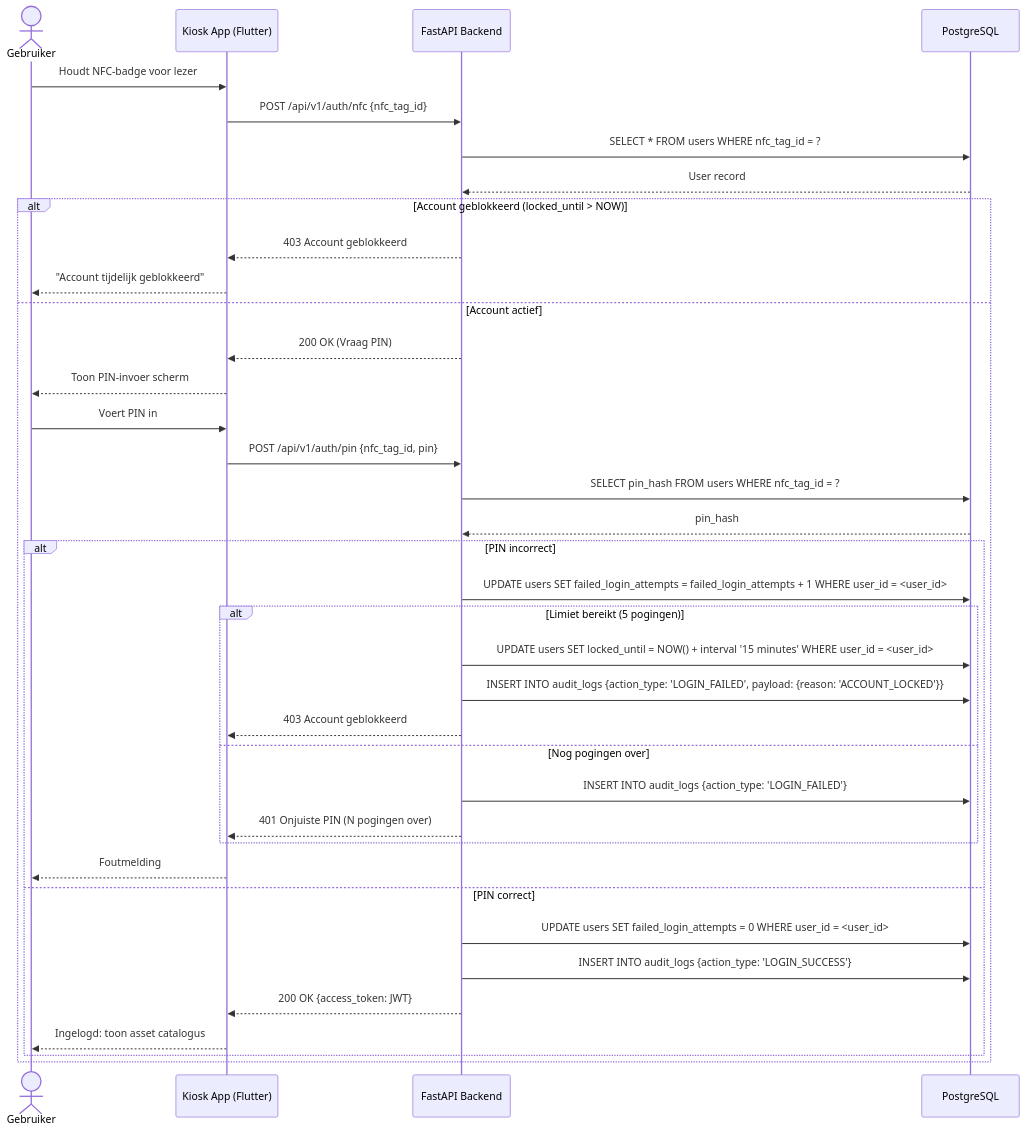
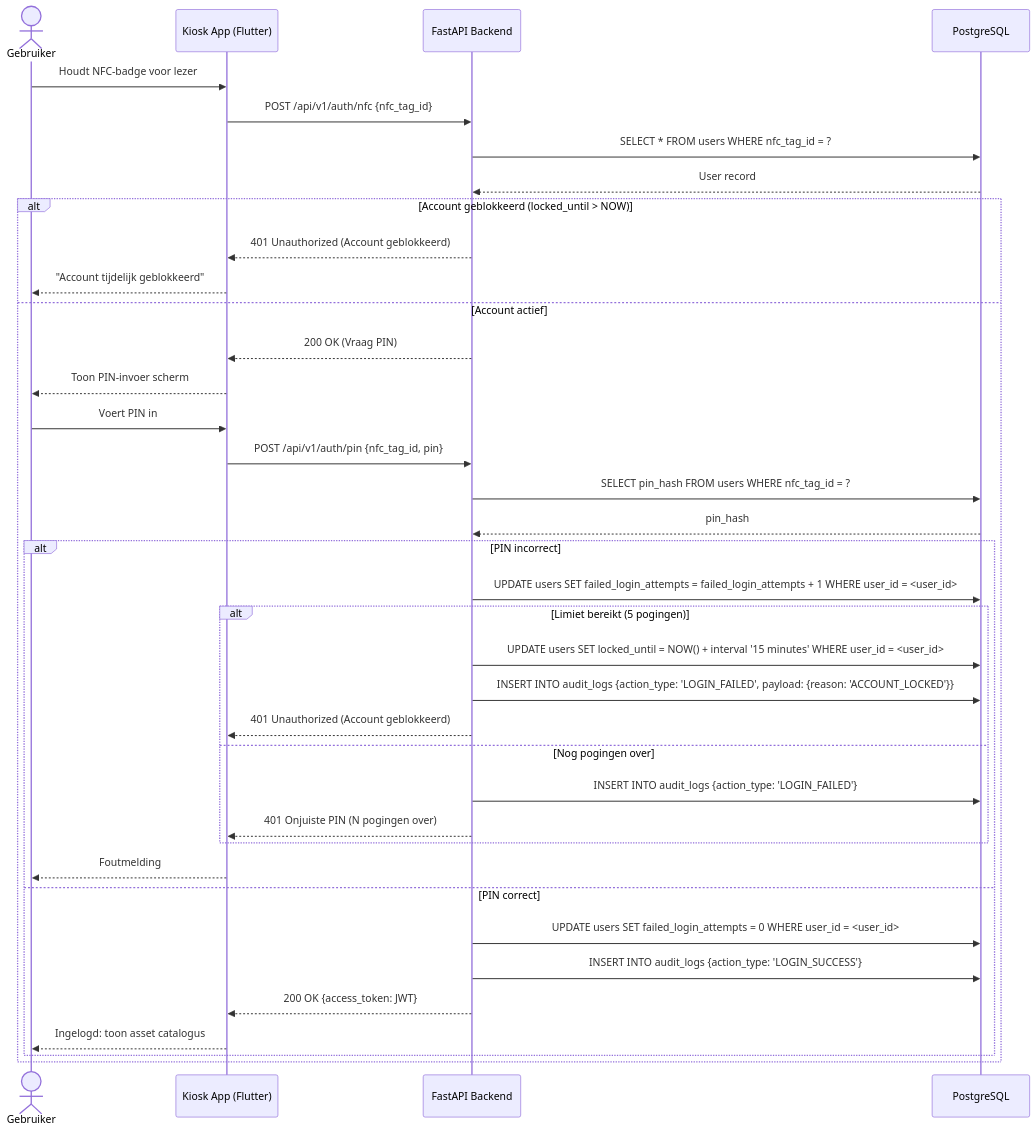
Before and after one commit to easylend-practice-enterprise/easylend: the diagram in docs/diagrams/sequence_auth.mmd, drawn with Mermaid. The commit also changed 1 other file, not shown here.

```diff
--- a/docs/diagrams/sequence_auth.mmd
+++ b/docs/diagrams/sequence_auth.mmd
@@ -1,40 +1,40 @@
 sequenceDiagram
     actor User as Gebruiker
     participant App as Kiosk App (Flutter)
     participant API as FastAPI Backend
     participant DB as PostgreSQL
 
     User->>App: Houdt NFC-badge voor lezer
     App->>API: POST /api/v1/auth/nfc {nfc_tag_id}
     API->>DB: SELECT * FROM users WHERE nfc_tag_id = ?
     DB-->>API: User record
 
     alt Account geblokkeerd (locked_until > NOW)
-        API-->>App: 403 Account geblokkeerd
+        API-->>App: 401 Unauthorized (Account geblokkeerd)
         App-->>User: "Account tijdelijk geblokkeerd"
     else Account actief
         API-->>App: 200 OK (Vraag PIN)
         App-->>User: Toon PIN-invoer scherm
         User->>App: Voert PIN in
         App->>API: POST /api/v1/auth/pin {nfc_tag_id, pin}
         API->>DB: SELECT pin_hash FROM users WHERE nfc_tag_id = ?
         DB-->>API: pin_hash
 
         alt PIN incorrect
             API->>DB: UPDATE users SET failed_login_attempts = failed_login_attempts + 1 WHERE user_id = <user_id>
             alt Limiet bereikt (5 pogingen)
                 API->>DB: UPDATE users SET locked_until = NOW() + interval '15 minutes' WHERE user_id = <user_id>
                 API->>DB: INSERT INTO audit_logs {action_type: 'LOGIN_FAILED', payload: {reason: 'ACCOUNT_LOCKED'}}
-                API-->>App: 403 Account geblokkeerd
+                API-->>App: 401 Unauthorized (Account geblokkeerd)
             else Nog pogingen over
                 API->>DB: INSERT INTO audit_logs {action_type: 'LOGIN_FAILED'}
                 API-->>App: 401 Onjuiste PIN (N pogingen over)
             end
             App-->>User: Foutmelding
         else PIN correct
             API->>DB: UPDATE users SET failed_login_attempts = 0 WHERE user_id = <user_id>
             API->>DB: INSERT INTO audit_logs {action_type: 'LOGIN_SUCCESS'}
             API-->>App: 200 OK {access_token: JWT}
             App-->>User: Ingelogd: toon asset catalogus
         end
     end
```
